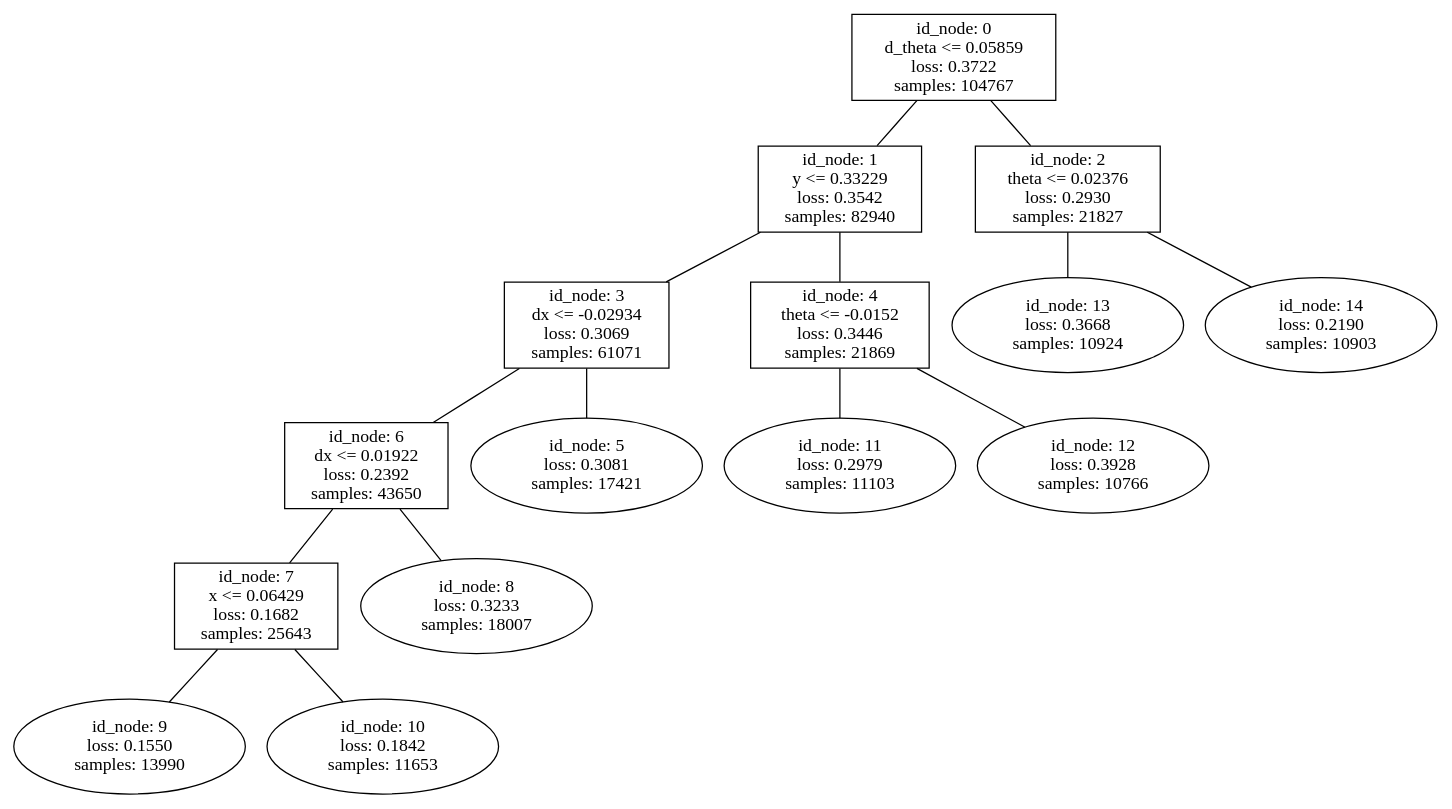
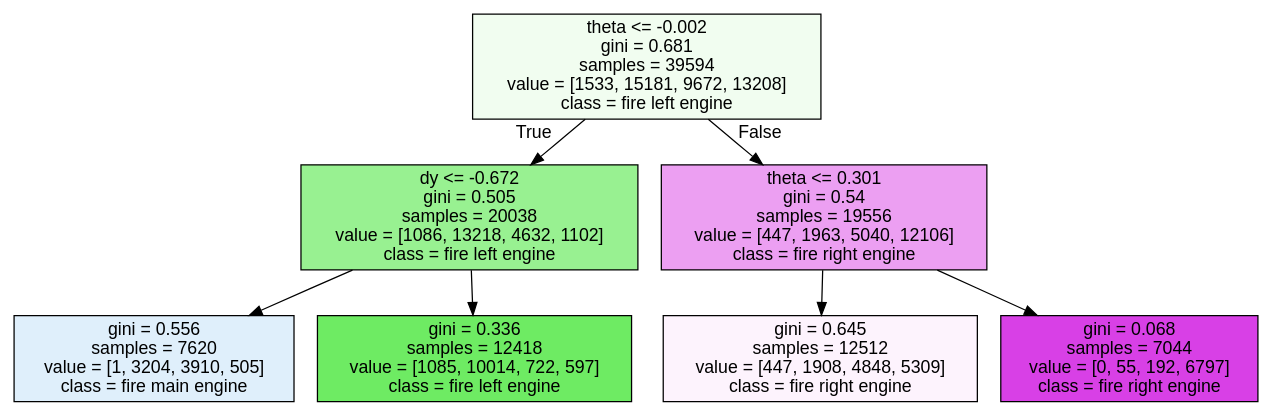
Before and after one commit to bedeio/ddqn: the diagram in models/dt_policy.dot, drawn with Graphviz. The commit also changed 6 other files, not shown here.

```diff
--- a/models/dt_policy.dot
+++ b/models/dt_policy.dot
@@ -1,31 +1,17 @@
-graph linear_tree {
-0 [label="id_node: 0\nd_theta <= 0.05859\nloss: 0.3722\nsamples: 104767", shape=rectangle];
-1 [label="id_node: 1\ny <= 0.33229\nloss: 0.3542\nsamples: 82940", shape=rectangle];
-2 [label="id_node: 2\ntheta <= 0.02376\nloss: 0.2930\nsamples: 21827", shape=rectangle];
-3 [label="id_node: 3\ndx <= -0.02934\nloss: 0.3069\nsamples: 61071", shape=rectangle];
-4 [label="id_node: 4\ntheta <= -0.0152\nloss: 0.3446\nsamples: 21869", shape=rectangle];
-6 [label="id_node: 6\ndx <= 0.01922\nloss: 0.2392\nsamples: 43650", shape=rectangle];
-7 [label="id_node: 7\nx <= 0.06429\nloss: 0.1682\nsamples: 25643", shape=rectangle];
-5 [label="id_node: 5\nloss: 0.3081\nsamples: 17421"];
-9 [label="id_node: 9\nloss: 0.1550\nsamples: 13990"];
-10 [label="id_node: 10\nloss: 0.1842\nsamples: 11653"];
-8 [label="id_node: 8\nloss: 0.3233\nsamples: 18007"];
-11 [label="id_node: 11\nloss: 0.2979\nsamples: 11103"];
-12 [label="id_node: 12\nloss: 0.3928\nsamples: 10766"];
-13 [label="id_node: 13\nloss: 0.3668\nsamples: 10924"];
-14 [label="id_node: 14\nloss: 0.2190\nsamples: 10903"];
-0 -- 1;
-0 -- 2;
-1 -- 3;
-1 -- 4;
-2 -- 13;
-2 -- 14;
-3 -- 5;
-3 -- 6;
-4 -- 11;
-4 -- 12;
-6 -- 7;
-6 -- 8;
-7 -- 9;
-7 -- 10;
+digraph Tree {
+node [shape=box, style="filled", color="black", fontname="helvetica"] ;
+edge [fontname="helvetica"] ;
+0 [label="theta <= -0.002\ngini = 0.681\nsamples = 39594\nvalue = [1533, 15181, 9672, 13208]\nclass = fire left engine", fillcolor="#f1fdf0"] ;
+1 [label="dy <= -0.672\ngini = 0.505\nsamples = 20038\nvalue = [1086, 13218, 4632, 1102]\nclass = fire left engine", fillcolor="#98f191"] ;
+0 -> 1 [labeldistance=2.5, labelangle=45, headlabel="True"] ;
+2 [label="gini = 0.556\nsamples = 7620\nvalue = [1, 3204, 3910, 505]\nclass = fire main engine", fillcolor="#dfeffb"] ;
+1 -> 2 ;
+3 [label="gini = 0.336\nsamples = 12418\nvalue = [1085, 10014, 722, 597]\nclass = fire left engine", fillcolor="#6eeb63"] ;
+1 -> 3 ;
+4 [label="theta <= 0.301\ngini = 0.54\nsamples = 19556\nvalue = [447, 1963, 5040, 12106]\nclass = fire right engine", fillcolor="#ec9ff2"] ;
+0 -> 4 [labeldistance=2.5, labelangle=-45, headlabel="False"] ;
+5 [label="gini = 0.645\nsamples = 12512\nvalue = [447, 1908, 4848, 5309]\nclass = fire right engine", fillcolor="#fdf3fd"] ;
+4 -> 5 ;
+6 [label="gini = 0.068\nsamples = 7044\nvalue = [0, 55, 192, 6797]\nclass = fire right engine", fillcolor="#d840e6"] ;
+4 -> 6 ;
 }
```
